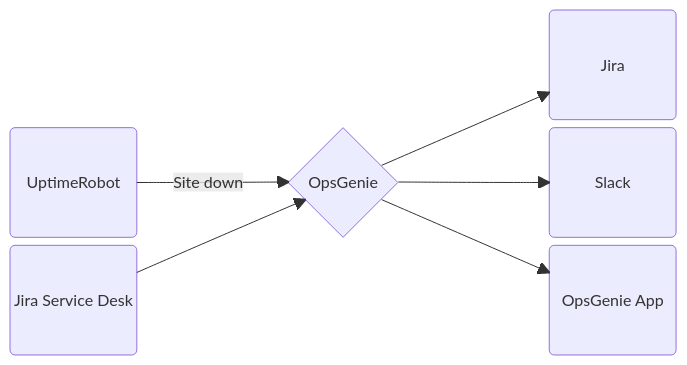
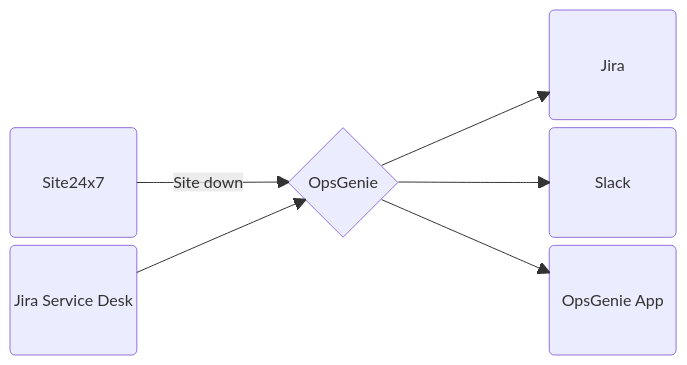
The second of 3 diagrams in content/docs/how-we-work/baseline/_index.md (axelerant/engg-handbook), drawn with Mermaid before and after one commit. The commit also changed other lines of this file, not shown here.

Commit message:
Changed UptimeRobot to Site24x7

````diff
--- a/content/docs/how-we-work/baseline/_index.md
+++ b/content/docs/how-we-work/baseline/_index.md
@@ -256,12 +256,12 @@
 ```mermaid
 block-beta
   columns 5
   space:4 jira("Jira")
-  uptimerobot("UptimeRobot") space opsgenie{"OpsGenie"} space slack("Slack")
+  site24x7("Site24x7") space opsgenie{"OpsGenie"} space slack("Slack")
   jsd("Jira Service Desk") space:3 app("OpsGenie App")
-  uptimerobot--"Site down"-->opsgenie
+  site24x7--"Site down"-->opsgenie
   jsd-->opsgenie
   opsgenie-->jira
   opsgenie-->slack
   opsgenie-->app
 ```
````
